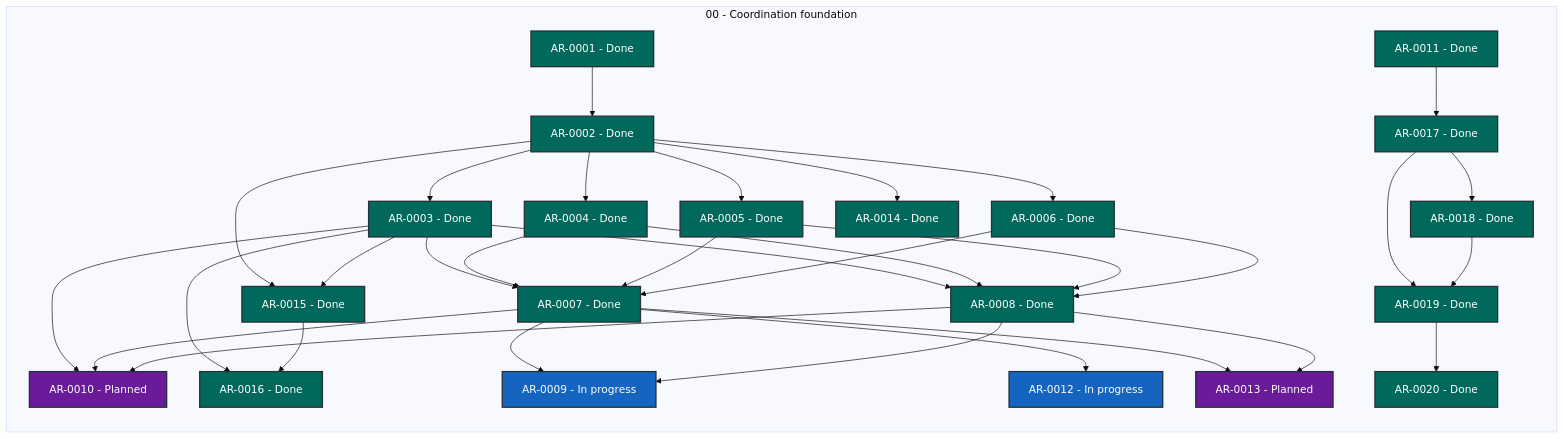
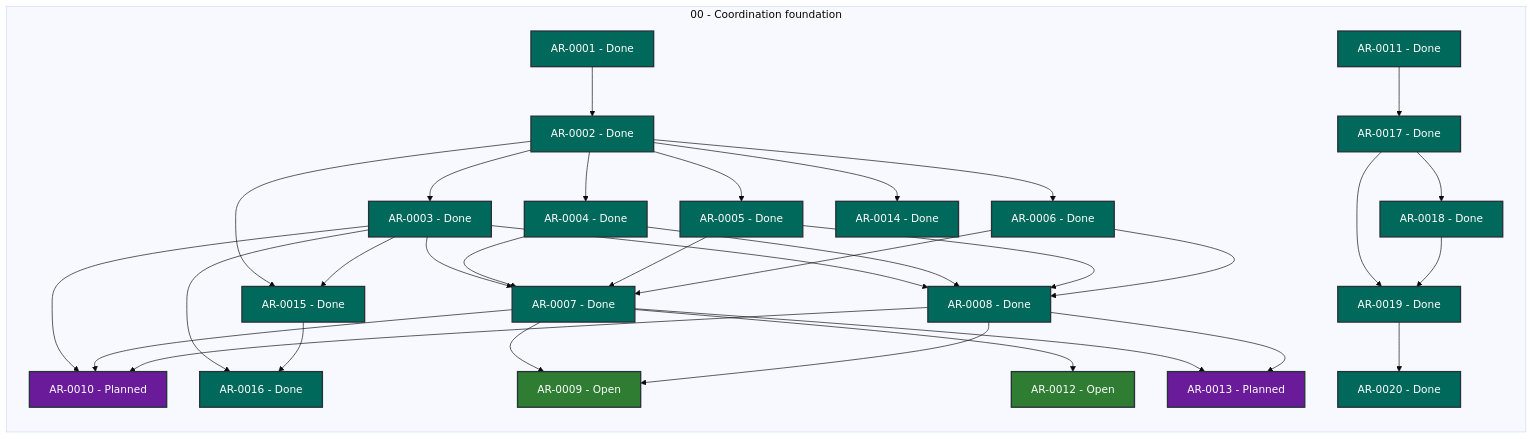
Before and after one commit to martin-beck/agent-workflow-coordinator-state: the diagram in STATUS.md, drawn with Mermaid (base theme). The commit also changed other lines of this file and 3 other files, not shown here.

````diff
--- a/STATUS.md
+++ b/STATUS.md
@@ -27,65 +27,65 @@
 ```mermaid
 flowchart LR
     subgraph series_00["00 - Coordination foundation"]
         direction TB
         AR_0001["AR-0001 - Done"]:::status_done
         AR_0002["AR-0002 - Done"]:::status_done
         AR_0003["AR-0003 - Done"]:::status_done
         AR_0004["AR-0004 - Done"]:::status_done
         AR_0005["AR-0005 - Done"]:::status_done
         AR_0006["AR-0006 - Done"]:::status_done
         AR_0007["AR-0007 - Done"]:::status_done
         AR_0008["AR-0008 - Done"]:::status_done
-        AR_0009["AR-0009 - In progress"]:::status_in_progress
+        AR_0009["AR-0009 - Open"]:::status_open
         AR_0010["AR-0010 - Planned"]:::status_planned
         AR_0011["AR-0011 - Done"]:::status_done
-        AR_0012["AR-0012 - In progress"]:::status_in_progress
+        AR_0012["AR-0012 - Open"]:::status_open
         AR_0013["AR-0013 - Planned"]:::status_planned
         AR_0014["AR-0014 - Done"]:::status_done
         AR_0015["AR-0015 - Done"]:::status_done
         AR_0016["AR-0016 - Done"]:::status_done
         AR_0017["AR-0017 - Done"]:::status_done
         AR_0018["AR-0018 - Done"]:::status_done
         AR_0019["AR-0019 - Done"]:::status_done
         AR_0020["AR-0020 - Done"]:::status_done
     end
     AR_0001 --> AR_0002
     AR_0002 --> AR_0003
     AR_0002 --> AR_0004
     AR_0002 --> AR_0005
     AR_0002 --> AR_0006
     AR_0002 --> AR_0014
     AR_0002 --> AR_0015
     AR_0003 --> AR_0007
     AR_0003 --> AR_0008
     AR_0003 --> AR_0010
     AR_0003 --> AR_0015
     AR_0003 --> AR_0016
     AR_0004 --> AR_0007
     AR_0004 --> AR_0008
     AR_0005 --> AR_0007
     AR_0005 --> AR_0008
     AR_0006 --> AR_0007
     AR_0006 --> AR_0008
     AR_0007 --> AR_0009
     AR_0007 --> AR_0010
     AR_0007 --> AR_0012
     AR_0007 --> AR_0013
     AR_0008 --> AR_0009
     AR_0008 --> AR_0010
     AR_0008 --> AR_0013
     AR_0011 --> AR_0017
     AR_0015 --> AR_0016
     AR_0017 --> AR_0018
     AR_0017 --> AR_0019
     AR_0018 --> AR_0019
     AR_0019 --> AR_0020
     classDef status_in_progress fill:#1565c0,color:#ffffff,stroke:#263238,stroke-width:2px
     classDef status_open fill:#2e7d32,color:#ffffff,stroke:#263238,stroke-width:2px
     classDef status_blocked fill:#c62828,color:#ffffff,stroke:#263238,stroke-width:2px
     classDef status_planned fill:#6a1b9a,color:#ffffff,stroke:#263238,stroke-width:2px
     classDef status_future fill:#455a64,color:#ffffff,stroke:#263238,stroke-width:2px
     classDef status_done fill:#00695c,color:#ffffff,stroke:#263238,stroke-width:2px
     classDef status_cancelled fill:#616161,color:#ffffff,stroke:#263238,stroke-width:2px
     classDef status_superseded fill:#5d4037,color:#ffffff,stroke:#263238,stroke-width:2px
 ```
````
